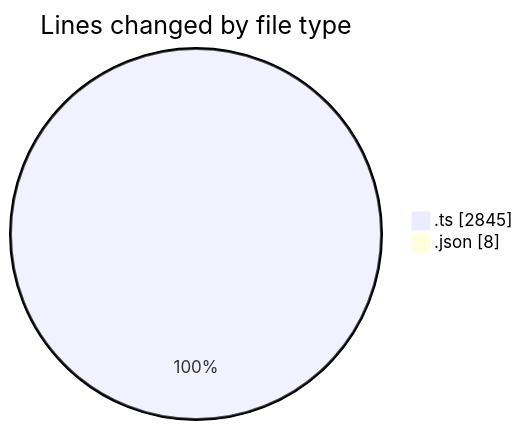
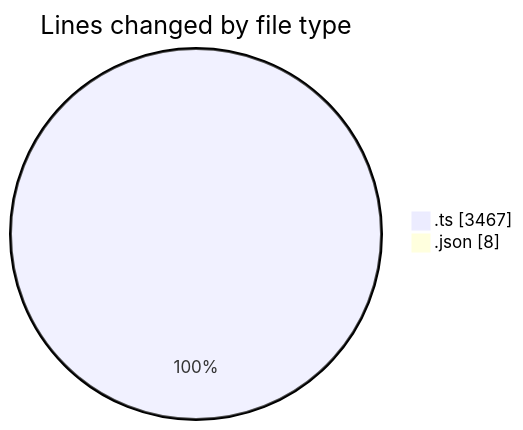
Before and after one commit to momahboobian/code-tracking: the first of 2 diagrams in 2026-07-31/broadcaster-playout-dashboard/README.md, drawn with Mermaid. The commit also changed other lines of this file and 1 other file, not shown here.

````diff
--- a/2026-07-31/broadcaster-playout-dashboard/README.md
+++ b/2026-07-31/broadcaster-playout-dashboard/README.md
@@ -28,6 +31,6 @@
 ```mermaid
 pie showData
 title Lines changed by file type
-".ts" : 2845
+".ts" : 3467
 ".json" : 8
 ```
````
